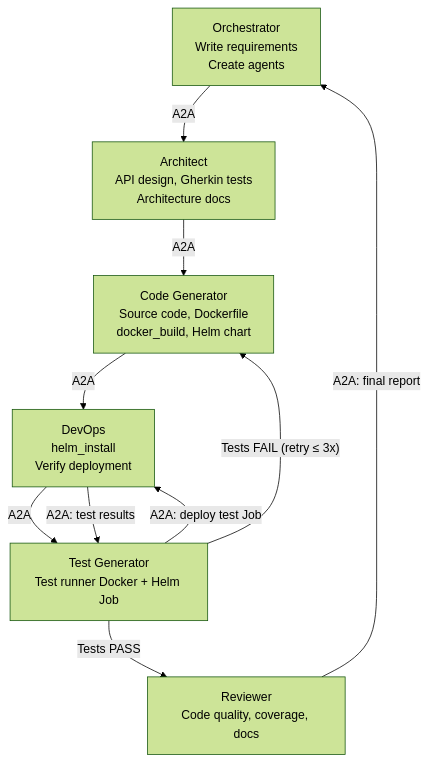
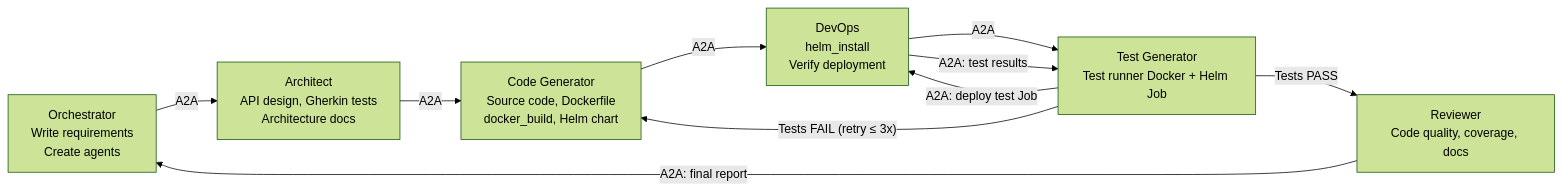
Before and after one commit to dshcherbatiuk/forgemaster: the fourth of 5 diagrams in docs/pitch-deck.md, drawn with Mermaid (forest theme). The commit also changed other lines of this file and 4 other files, not shown here.

First line of the commit message:
feat: Add pitch deck PDF generator with auto Mermaid rendering

````diff
--- a/docs/pitch-deck.md
+++ b/docs/pitch-deck.md
@@ -114,12 +114,12 @@
 ```mermaid
-flowchart TD
+flowchart LR
     OR["Orchestrator\nWrite requirements\nCreate agents"] -->|"A2A"| AR["Architect\nAPI design, Gherkin tests\nArchitecture docs"]
     AR -->|"A2A"| CG["Code Generator\nSource code, Dockerfile\ndocker_build, Helm chart"]
     CG -->|"A2A"| DV["DevOps\nhelm_install\nVerify deployment"]
     DV -->|"A2A"| TG["Test Generator\nTest runner Docker + Helm Job"]
     TG -->|"A2A: deploy test Job"| DV
     DV -->|"A2A: test results"| TG
     TG -->|"Tests PASS"| RV["Reviewer\nCode quality, coverage, docs"]
     TG -->|"Tests FAIL (retry ≤ 3x)"| CG
     RV -->|"A2A: final report"| OR
 ```
````
